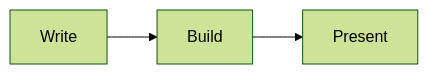
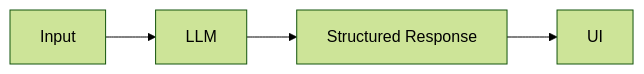
One commit to btwld/superdeck changed the diagram in demo/slides.md. Above: the diagram before and after it, drawn with Mermaid (forest theme). The commit also changed other lines of this file and 24 other files, not shown here.

First line of the commit message:
feat: add neutral theme for Mermaid diagrams and improve color utilities

````diff
--- a/demo/slides.md
+++ b/demo/slides.md
@@ -189,5 +114,6 @@
 ```mermaid
 flowchart LR
-    A[Write] --> B[Build]
-    B --> C[Present]
+    A[Input] --> B[LLM]
+    B --> C[Structured Response]
+    C --> D[UI]
 ```
````
